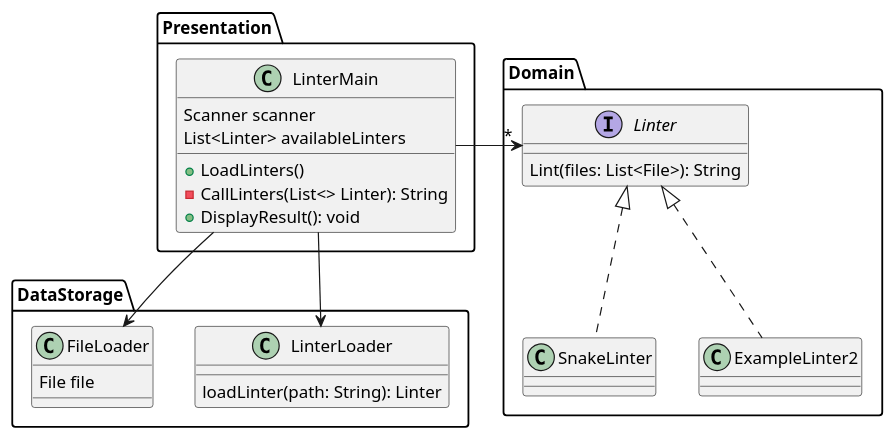
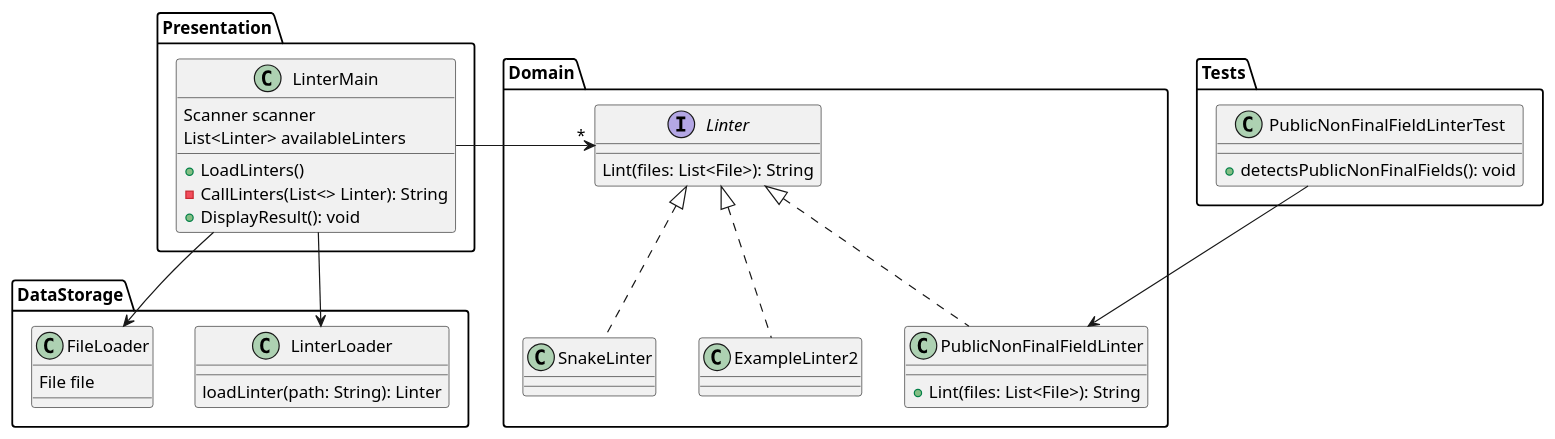
One commit to rhit-medleymc/CSSE374-Linter-Project changed the diagram in plan.puml. Above: the diagram before and after it, drawn with PlantUML. The commit also changed 10 other files, not shown here.

Commit message:
design and implementation of public non final field detector

```diff
--- a/plan.puml
+++ b/plan.puml
@@ -1,47 +1,57 @@
 @startuml
 
 
     package Domain{
         interface Linter{
             Lint(files: List<File>): String
         }
         class SnakeLinter implements Linter{
         }
 
 
         class ExampleLinter2 implements Linter{
+        }
+
+        class PublicNonFinalFieldLinter implements Linter{
+            +Lint(files: List<File>): String
         }
 
 
     }
 
 
     package Presentation{
         class LinterMain{
             Scanner scanner
             List<Linter> availableLinters
             +LoadLinters()
             -CallLinters(List<> Linter): String
             +DisplayResult(): void
         }
     }
 
 
     package DataStorage{
         class LinterLoader{
             loadLinter(path: String): Linter
         }
 
 
         class FileLoader{
             File file
         }
     }
 
+    package Tests{
+        class PublicNonFinalFieldLinterTest{
+            +detectsPublicNonFinalFields(): void
+        }
+    }
 
     LinterMain ->"*" Linter
     LinterMain -d-> FileLoader
     LinterMain -d-> LinterLoader
+    PublicNonFinalFieldLinterTest --> PublicNonFinalFieldLinter
 
 
     @enduml
```
